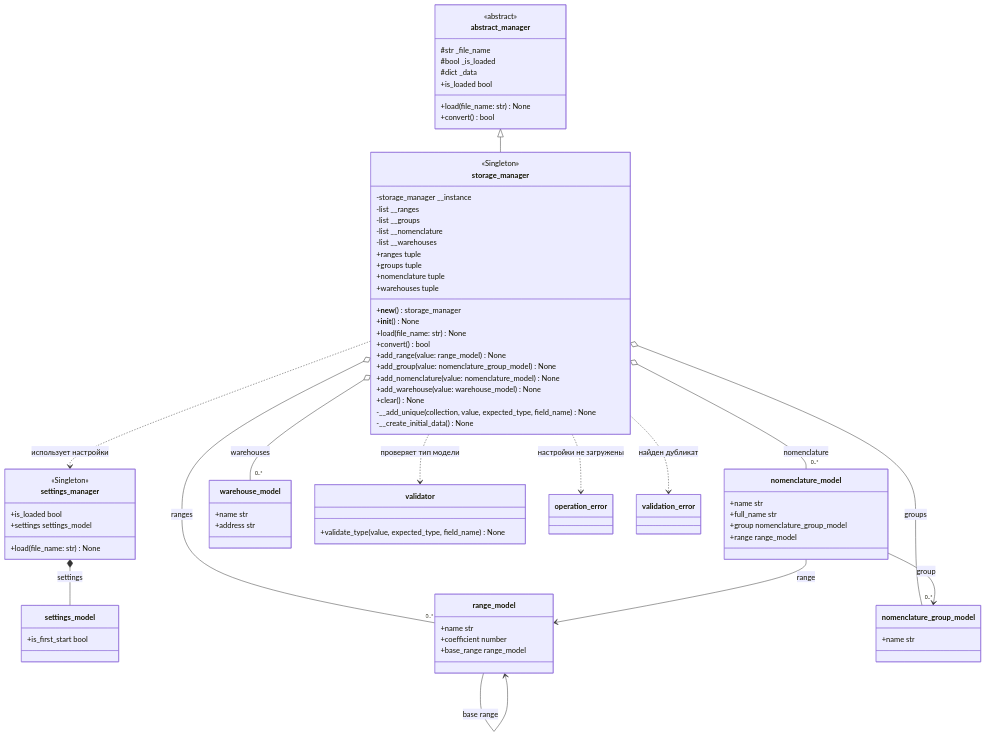
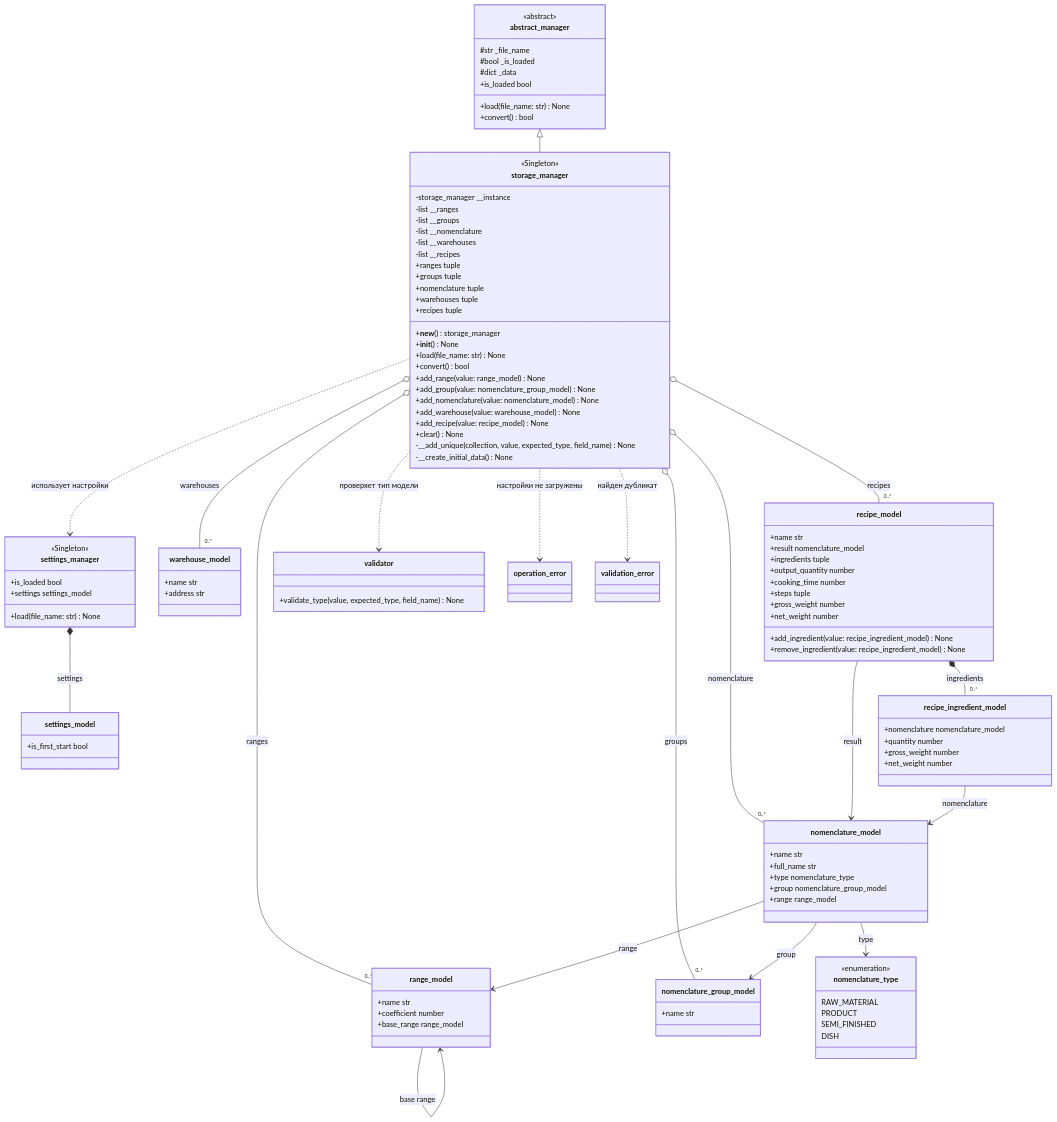
The first of 2 diagrams in Docs/UML/StorageManager.md (NikShep21/patterns2026), drawn with Mermaid before and after one commit. The commit also changed other lines of this file and 2 other files, not shown here.

Commit message:
document recipe models

```diff
--- a/Docs/UML/StorageManager.md
+++ b/Docs/UML/StorageManager.md
@@ -23,6 +23,7 @@
         -list __groups
         -list __nomenclature
         -list __warehouses
+        -list __recipes
         +__new__() storage_manager
         +__init__() None
         +load(file_name: str) None
@@ -31,11 +32,13 @@
         +add_group(value: nomenclature_group_model) None
         +add_nomenclature(value: nomenclature_model) None
         +add_warehouse(value: warehouse_model) None
+        +add_recipe(value: recipe_model) None
         +clear() None
         +ranges tuple
         +groups tuple
         +nomenclature tuple
         +warehouses tuple
+        +recipes tuple
         -__add_unique(collection, value, expected_type, field_name) None
         -__create_initial_data() None
     }
@@ -64,13 +67,42 @@
     class nomenclature_model {
         +name str
         +full_name str
+        +type nomenclature_type
         +group nomenclature_group_model
         +range range_model
+    }
+
+    class nomenclature_type {
+        <<enumeration>>
+        RAW_MATERIAL
+        PRODUCT
+        SEMI_FINISHED
+        DISH
     }
 
     class warehouse_model {
         +name str
         +address str
+    }
+
+    class recipe_ingredient_model {
+        +nomenclature nomenclature_model
+        +quantity number
+        +gross_weight number
+        +net_weight number
+    }
+
+    class recipe_model {
+        +name str
+        +result nomenclature_model
+        +ingredients tuple
+        +output_quantity number
+        +cooking_time number
+        +steps tuple
+        +gross_weight number
+        +net_weight number
+        +add_ingredient(value: recipe_ingredient_model) None
+        +remove_ingredient(value: recipe_ingredient_model) None
     }
 
     class validator {
@@ -87,8 +119,13 @@
     storage_manager o-- "0..*" nomenclature_group_model : groups
     storage_manager o-- "0..*" nomenclature_model : nomenclature
     storage_manager o-- "0..*" warehouse_model : warehouses
+    storage_manager o-- "0..*" recipe_model : recipes
     nomenclature_model --> nomenclature_group_model : group
     nomenclature_model --> range_model : range
+    nomenclature_model --> nomenclature_type : type
+    recipe_model *-- "0..*" recipe_ingredient_model : ingredients
+    recipe_model --> nomenclature_model : result
+    recipe_ingredient_model --> nomenclature_model : nomenclature
     range_model --> range_model : base range
     storage_manager ..> validator : проверяет тип модели
     storage_manager ..> operation_error : настройки не загружены
```
